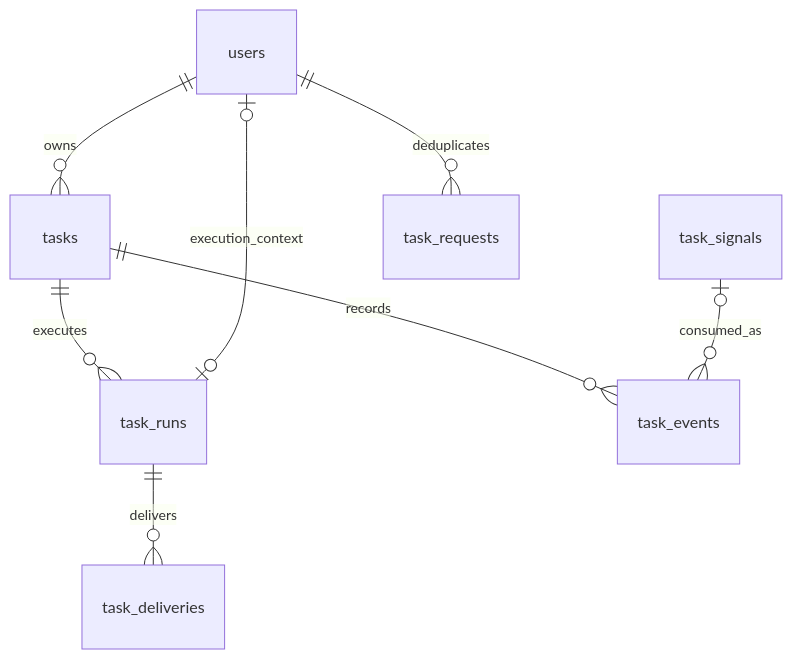
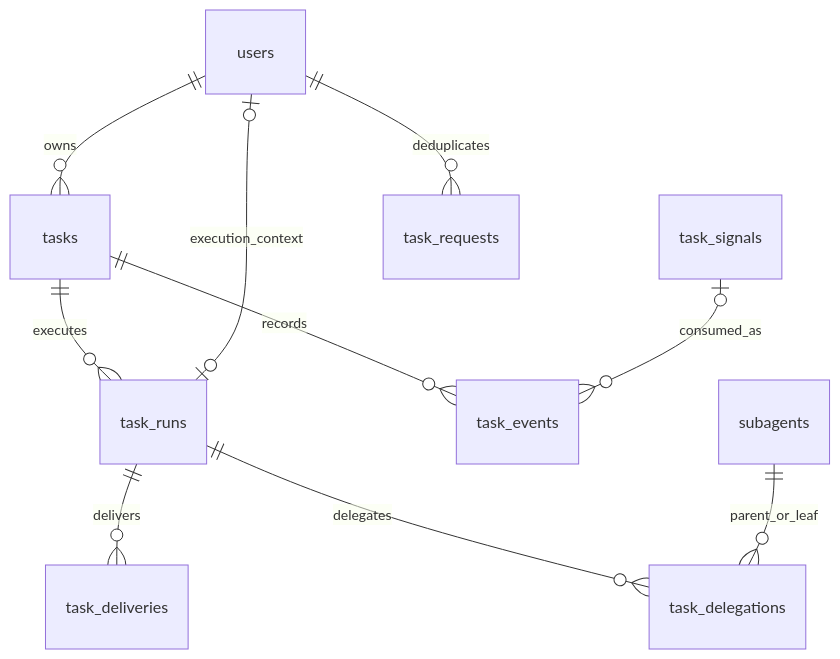
Before and after one commit to HymioSpace/Oath: the sixth of 6 diagrams in spec/feature-task-system.md, drawn with Mermaid. The commit also changed other lines of this file and 22 other files, not shown here.

````diff
--- a/spec/feature-task-system.md
+++ b/spec/feature-task-system.md
@@ -226,10 +304,12 @@
 ```mermaid
 erDiagram
   tasks ||--o{ task_runs : executes
   tasks ||--o{ task_events : records
   task_runs ||--o{ task_deliveries : delivers
+  task_runs ||--o{ task_delegations : delegates
+  subagents ||--o{ task_delegations : parent_or_leaf
   task_signals o|--o{ task_events : consumed_as
   users ||--o{ tasks : owns
   users ||--o{ task_requests : deduplicates
   users o|--o| task_runs : execution_context
 ```
````
